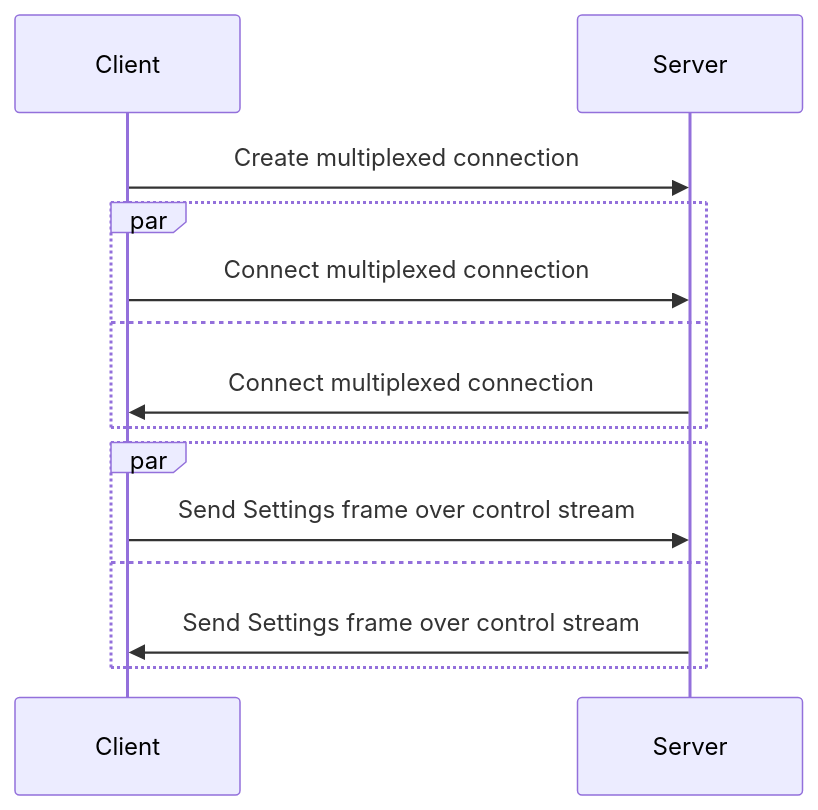
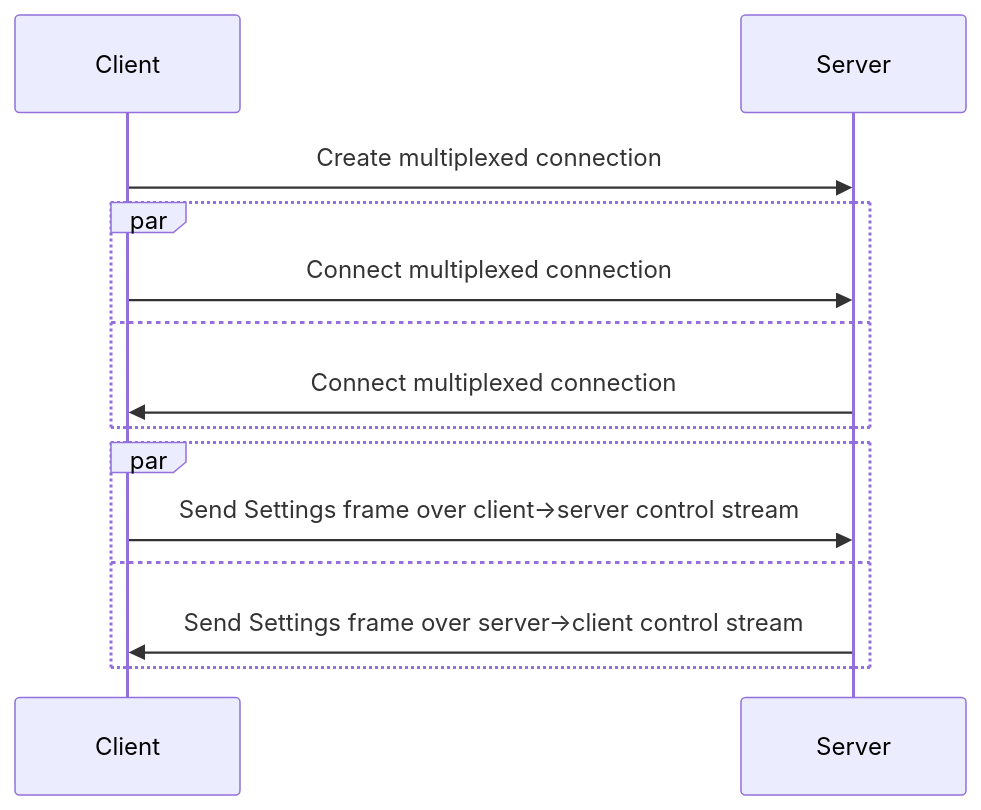
Before and after one commit to icerpc/icerpc-docs: the diagram in pages/icerpc-core/icerpc-protocol/connection-establishment.md, drawn with Mermaid. The commit also changed other lines of this file, not shown here.

````diff
--- a/pages/icerpc-core/icerpc-protocol/connection-establishment.md
+++ b/pages/icerpc-core/icerpc-protocol/connection-establishment.md
@@ -30,14 +30,14 @@
 ```mermaid
 sequenceDiagram
     Client->>Server: Create multiplexed connection
     par
         Client->>Server: Connect multiplexed connection
     and
         Server->>Client: Connect multiplexed connection
     end
     par
-        Client->>Server: Send Settings frame over control stream
+        Client->>Server: Send Settings frame over client->server control stream
     and
-        Server->>Client: Send Settings frame over control stream
+        Server->>Client: Send Settings frame over server->client control stream
     end
 ```
````
